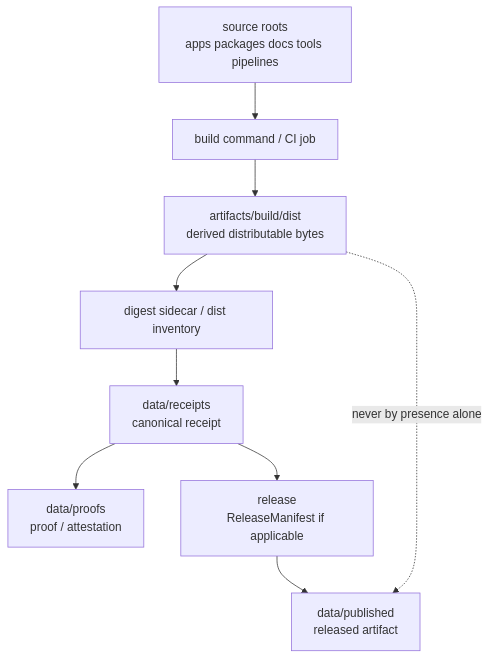
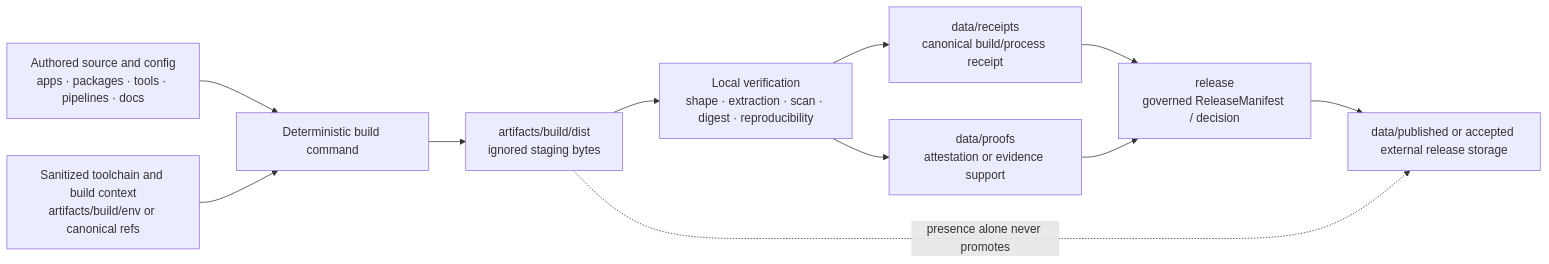
One commit to bartytime4life/Kansas-Frontier-Matrix changed the diagram in artifacts/build/dist/README.md. Above: the diagram before and after it, drawn with Mermaid. The commit also changed other lines of this file, not shown here.

Commit message:
docs(artifacts): ground dist staging boundary

````diff
--- a/artifacts/build/dist/README.md
+++ b/artifacts/build/dist/README.md
@@ -176,11 +330,13 @@
 ```mermaid
-flowchart TD
-    source["source roots\napps packages docs tools pipelines"] --> build["build command / CI job"]
-    build --> dist["artifacts/build/dist\nderived distributable bytes"]
-    dist --> digest["digest sidecar / dist inventory"]
-    digest --> receipt["data/receipts\ncanonical receipt"]
-    receipt --> proof["data/proofs\nproof / attestation"]
-    receipt --> release["release\nReleaseManifest if applicable"]
-    release --> published["data/published\nreleased artifact"]
-    dist -. "never by presence alone" .-> published
+flowchart LR
+  SRC["Authored source and config<br/>apps · packages · tools · pipelines · docs"] --> BUILD["Deterministic build command"]
+  ENV["Sanitized toolchain and build context<br/>artifacts/build/env or canonical refs"] --> BUILD
+  BUILD --> DIST["artifacts/build/dist<br/>ignored staging bytes"]
+  DIST --> VERIFY["Local verification<br/>shape · extraction · scan · digest · reproducibility"]
+  VERIFY --> RECEIPT["data/receipts<br/>canonical build/process receipt"]
+  VERIFY --> PROOF["data/proofs<br/>attestation or evidence support"]
+  RECEIPT --> RELEASE["release<br/>governed ReleaseManifest / decision"]
+  PROOF --> RELEASE
+  RELEASE --> PUB["data/published or accepted external release storage"]
+  DIST -. "presence alone never promotes" .-> PUB
 ```
````
